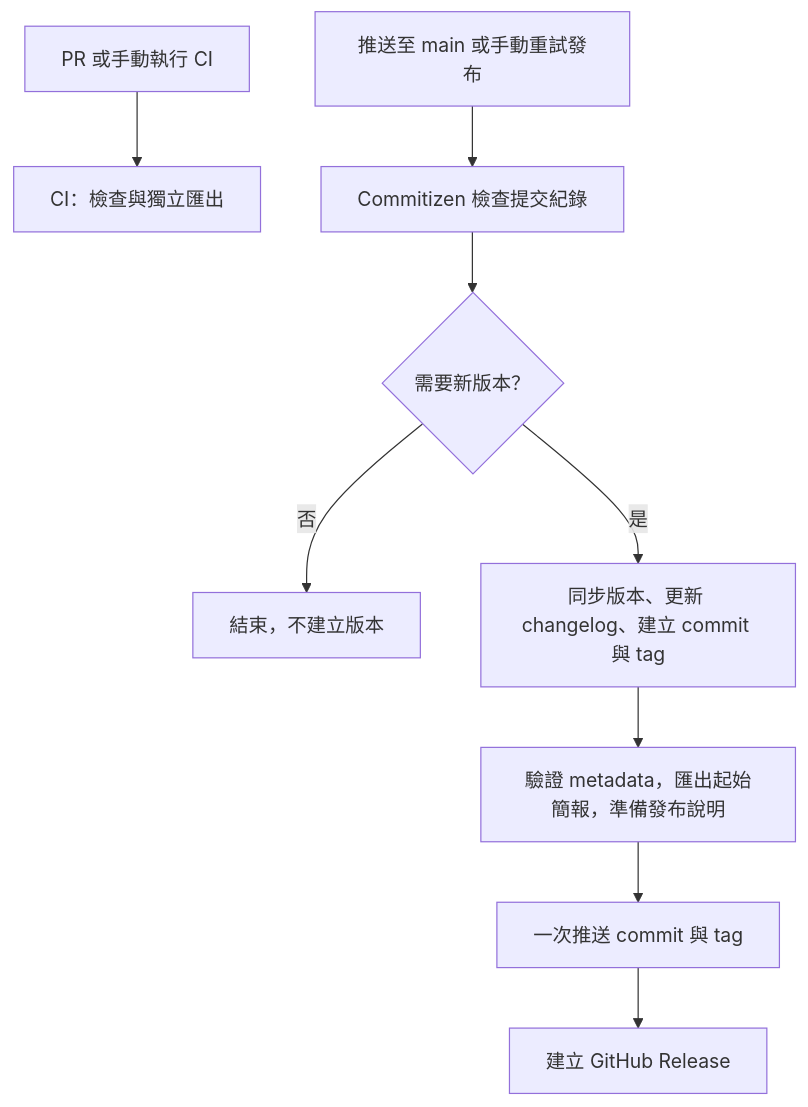
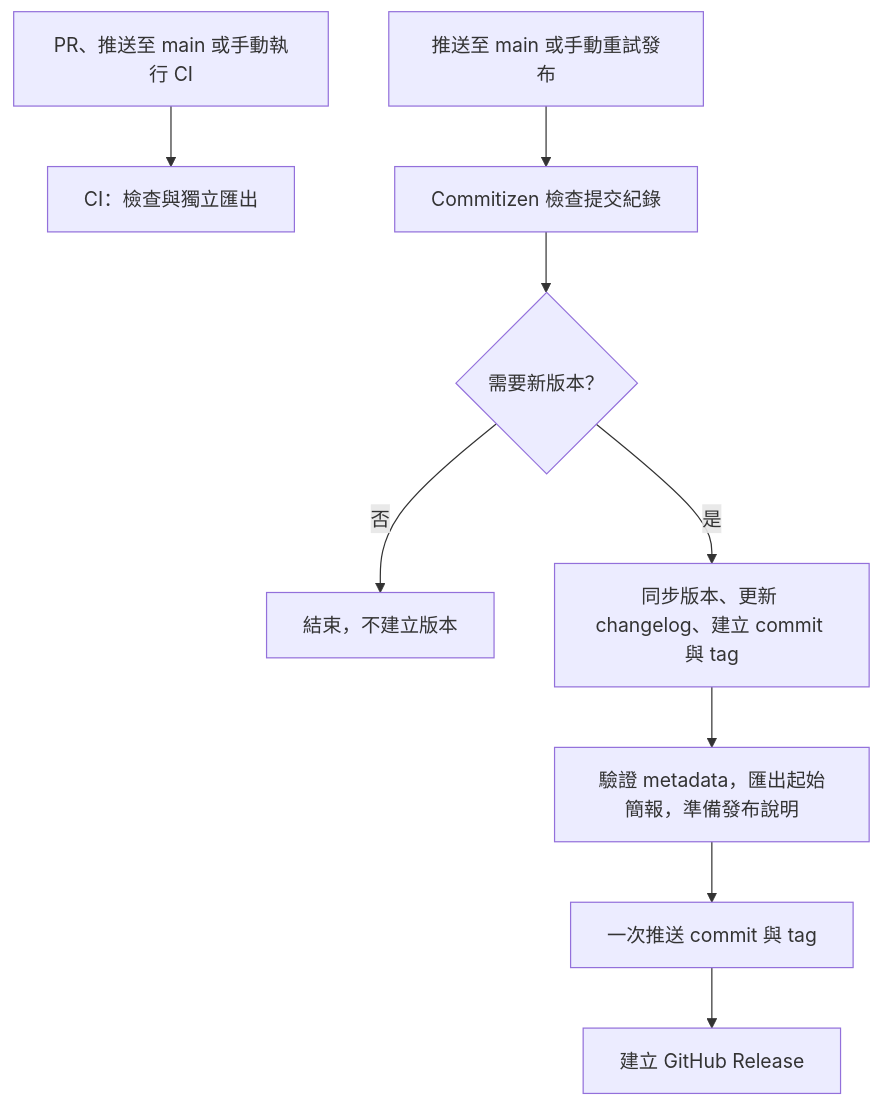
Before and after one commit to Lee-W/ras: the diagram in docs/development-zh-tw.md, drawn with Mermaid. The commit also changed other lines of this file and 1 other file, not shown here.

````diff
--- a/docs/development-zh-tw.md
+++ b/docs/development-zh-tw.md
@@ -33,11 +33,11 @@
 ```mermaid
 flowchart TD
-  A["PR 或手動執行 CI"] --> C["CI：檢查與獨立匯出"]
+  A["PR、推送至 main 或手動執行 CI"] --> C["CI：檢查與獨立匯出"]
   B["推送至 main 或手動重試發布"] --> F["Commitizen 檢查提交紀錄"]
   F --> G{"需要新版本？"}
   G -->|否| H["結束，不建立版本"]
   G -->|是| I["同步版本、更新 changelog、建立 commit 與 tag"]
   I --> J["驗證 metadata，匯出起始簡報，準備發布說明"]
   J --> K["一次推送 commit 與 tag"]
   K --> L["建立 GitHub Release"]
 ```
````
